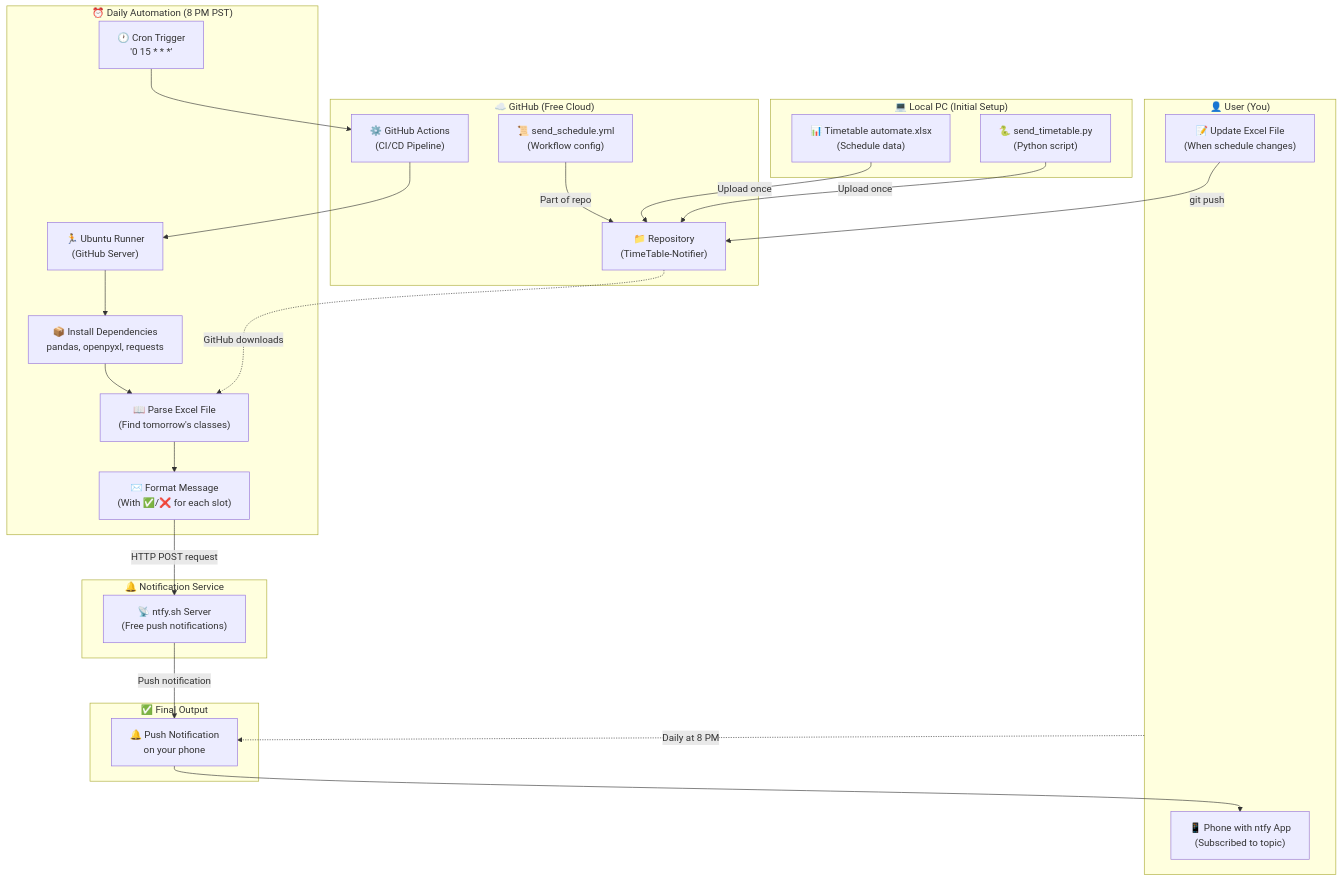
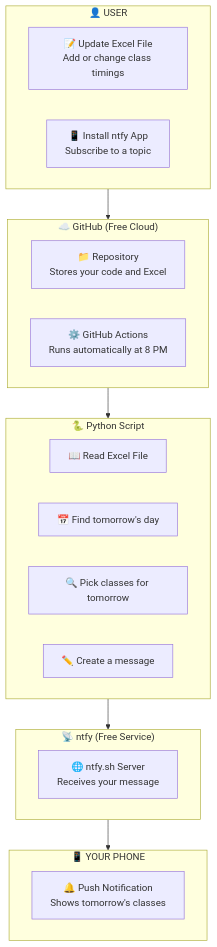
The diagram in README.md (beluga0-0/TimeTable-Notifier), drawn with Mermaid before and after one commit.

Commit message:
Refactor diagram structure in README.md

````diff
--- a/README.md
+++ b/README.md
@@ -5,53 +5,33 @@
 ```mermaid
 flowchart TD
-    subgraph USER["👤 User (You)"]
-        UPDATE["📝 Update Excel File<br/>(When schedule changes)"]
-        PHONE["📱 Phone with ntfy App<br/>(Subscribed to topic)"]
+    subgraph A["👤 USER"]
+        S1["📝 Update Excel File<br/>Add or change class timings"]
+        S2["📱 Install ntfy App<br/>Subscribe to a topic"]
     end
 
-    subgraph LOCAL["💻 Local PC (Initial Setup)"]
-        EXCEL["📊 Timetable automate.xlsx<br/>(Schedule data)"]
-        SCRIPT["🐍 send_timetable.py<br/>(Python script)"]
+    subgraph B["☁️ GitHub (Free Cloud)"]
+        B1["📁 Repository<br/>Stores your code and Excel"]
+        B2["⚙️ GitHub Actions<br/>Runs automatically at 8 PM"]
     end
 
-    subgraph GITHUB["☁️ GitHub (Free Cloud)"]
-        REPO["📁 Repository<br/>(TimeTable-Notifier)"]
-        ACTIONS["⚙️ GitHub Actions<br/>(CI/CD Pipeline)"]
-        YML["📜 send_schedule.yml<br/>(Workflow config)"]
+    subgraph C["🐍 Python Script"]
+        C1["📖 Read Excel File"]
+        C2["📅 Find tomorrow's day"]
+        C3["🔍 Pick classes for tomorrow"]
+        C4["✏️ Create a message"]
     end
 
-    subgraph DAILY["⏰ Daily Automation (8 PM PST)"]
-        TRIGGER["🕐 Cron Trigger<br/>'0 15 * * *'"]
-        RUNNER["🏃 Ubuntu Runner<br/>(GitHub Server)"]
-        INSTALL["📦 Install Dependencies<br/>pandas, openpyxl, requests"]
-        PARSE["📖 Parse Excel File<br/>(Find tomorrow's classes)"]
-        MESSAGE["✉️ Format Message<br/>(With ✅/❌ for each slot)"]
+    subgraph D["📡 ntfy (Free Service)"]
+        D1["🌐 ntfy.sh Server<br/>Receives your message"]
     end
 
-    subgraph NOTIFY["🔔 Notification Service"]
-        NTFY["📡 ntfy.sh Server<br/>(Free push notifications)"]
+    subgraph E["📱 YOUR PHONE"]
+        E1["🔔 Push Notification<br/>Shows tomorrow's classes"]
     end
 
-    subgraph RESULT["✅ Final Output"]
-        NOTIF["🔔 Push Notification<br/>on your phone"]
-    end
+    A --> B
+    B --> C
+    C --> D
+    D --> E
 
-    %% Connections
-    UPDATE -->|"git push"| REPO
-    EXCEL -->|"Upload once"| REPO
-    SCRIPT -->|"Upload once"| REPO
-    YML -->|"Part of repo"| REPO
-    
-    TRIGGER --> ACTIONS
-    ACTIONS --> RUNNER
-    RUNNER --> INSTALL
-    INSTALL --> PARSE
-    REPO -.->|"GitHub downloads"| PARSE
-    PARSE --> MESSAGE
-    
-    MESSAGE -->|"HTTP POST request"| NTFY
-    NTFY -->|"Push notification"| NOTIF
-    NOTIF --> PHONE
-
-    USER -.->|"Daily at 8 PM"| NOTIF
 ```
````
